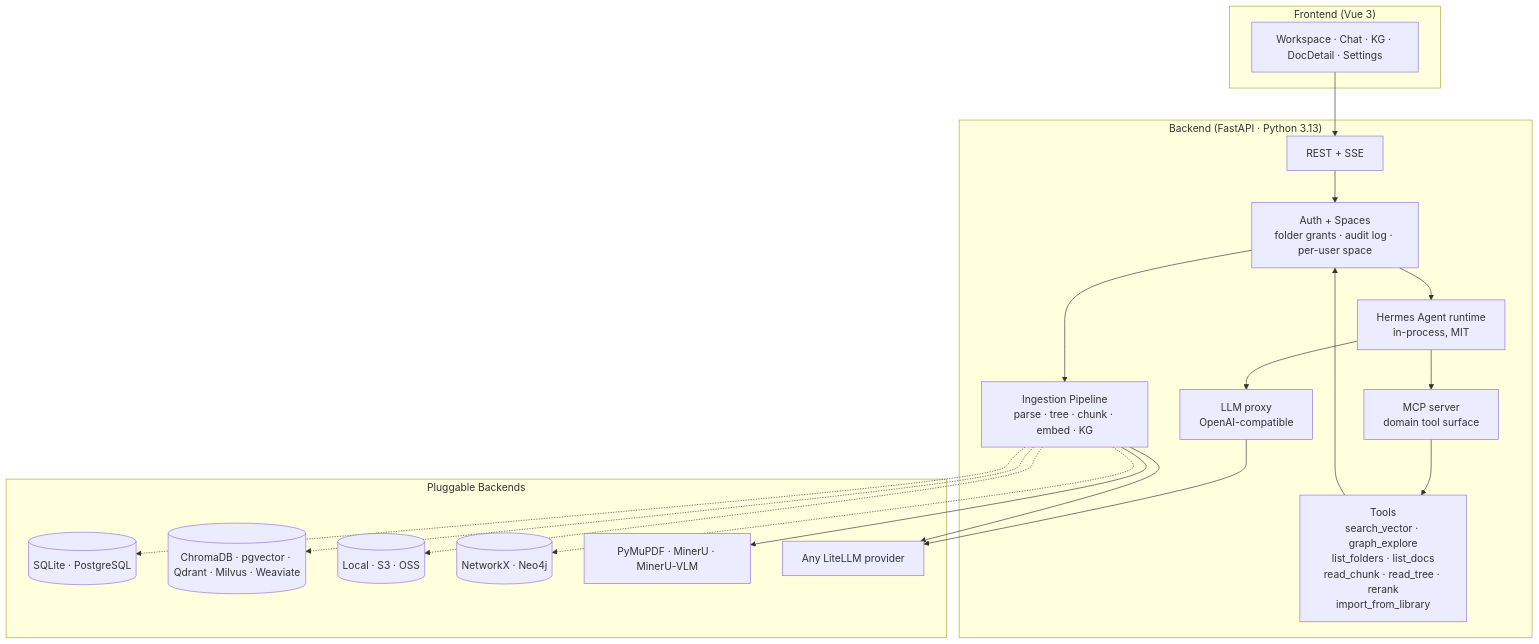
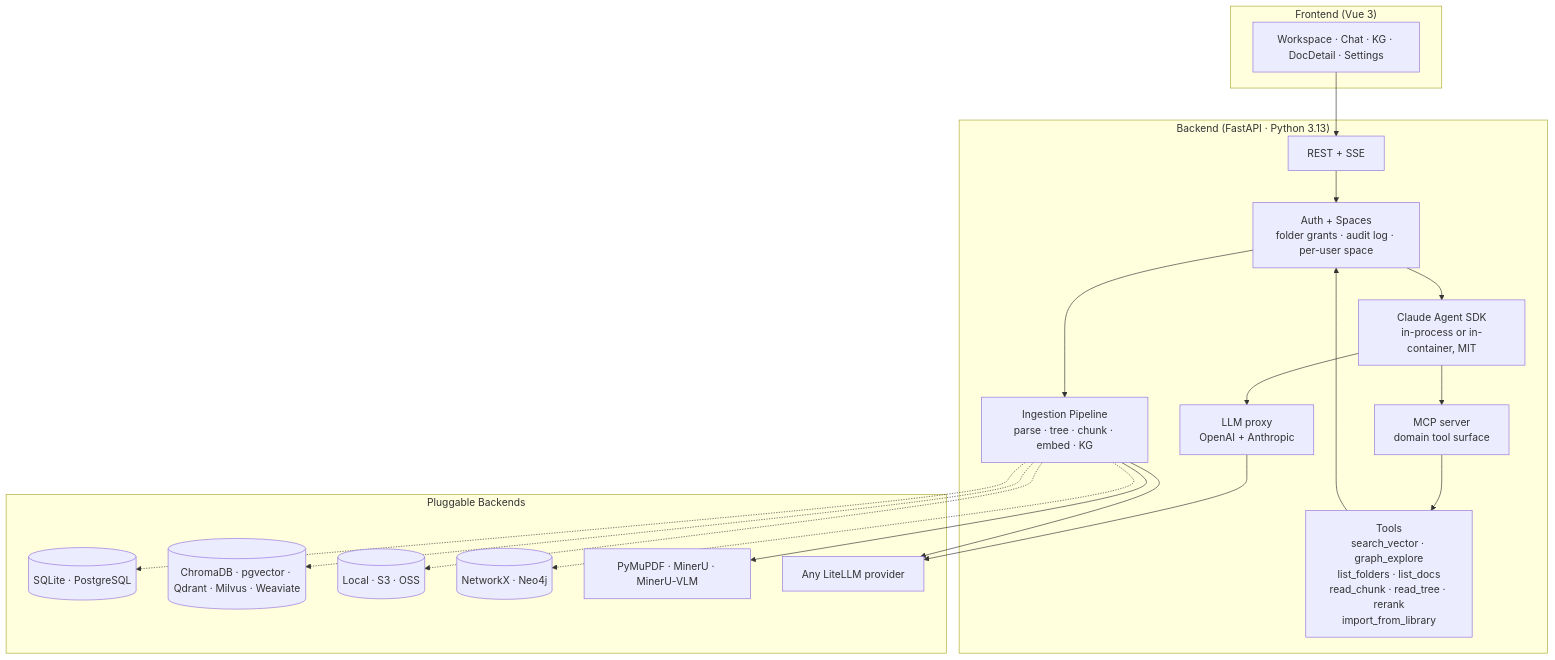
One commit to deeplethe/ForgeRAG changed the second of 2 diagrams in README.md. Above: the diagram before and after it, drawn with Mermaid. The commit also changed other lines of this file and 2 other files, not shown here.

First line of the commit message:
phase2(C-6): docs flip — slogan B1 + sober Highlights + retire Hermes references

````diff
--- a/README.md
+++ b/README.md
@@ -199,35 +200,35 @@
 ```mermaid
 flowchart TB
     subgraph "Frontend (Vue 3)"
         UI[Workspace · Chat · KG · DocDetail · Settings]
     end
     subgraph "Backend (FastAPI · Python 3.13)"
         API[REST + SSE]
-        AGENT[Hermes Agent runtime<br/>in-process, MIT]
+        AGENT[Claude Agent SDK<br/>in-process or in-container, MIT]
         MCP[MCP server<br/>domain tool surface]
-        LLMP[LLM proxy<br/>OpenAI-compatible]
+        LLMP[LLM proxy<br/>OpenAI + Anthropic]
         ING[Ingestion Pipeline<br/>parse · tree · chunk · embed · KG]
         TOOLS[Tools<br/>search_vector · graph_explore<br/>list_folders · list_docs<br/>read_chunk · read_tree · rerank<br/>import_from_library]
         AUTH[Auth + Spaces<br/>folder grants · audit log · per-user space]
     end
     subgraph "Pluggable Backends"
         REL[(SQLite · PostgreSQL)]
         VEC[(ChromaDB · pgvector · Qdrant · Milvus · Weaviate)]
         BLOB[(Local · S3 · OSS)]
         KGS[(NetworkX · Neo4j)]
         PARSE[PyMuPDF · MinerU · MinerU-VLM]
         LLM[Any LiteLLM provider]
     end
     UI --> API
     API --> AUTH
     AUTH --> AGENT
     AUTH --> ING
     AGENT --> MCP
     AGENT --> LLMP
     MCP --> TOOLS
     TOOLS --> AUTH
     LLMP --> LLM
     ING -.-> REL & VEC & BLOB & KGS
     ING --> PARSE
     ING --> LLM
 ```
````
